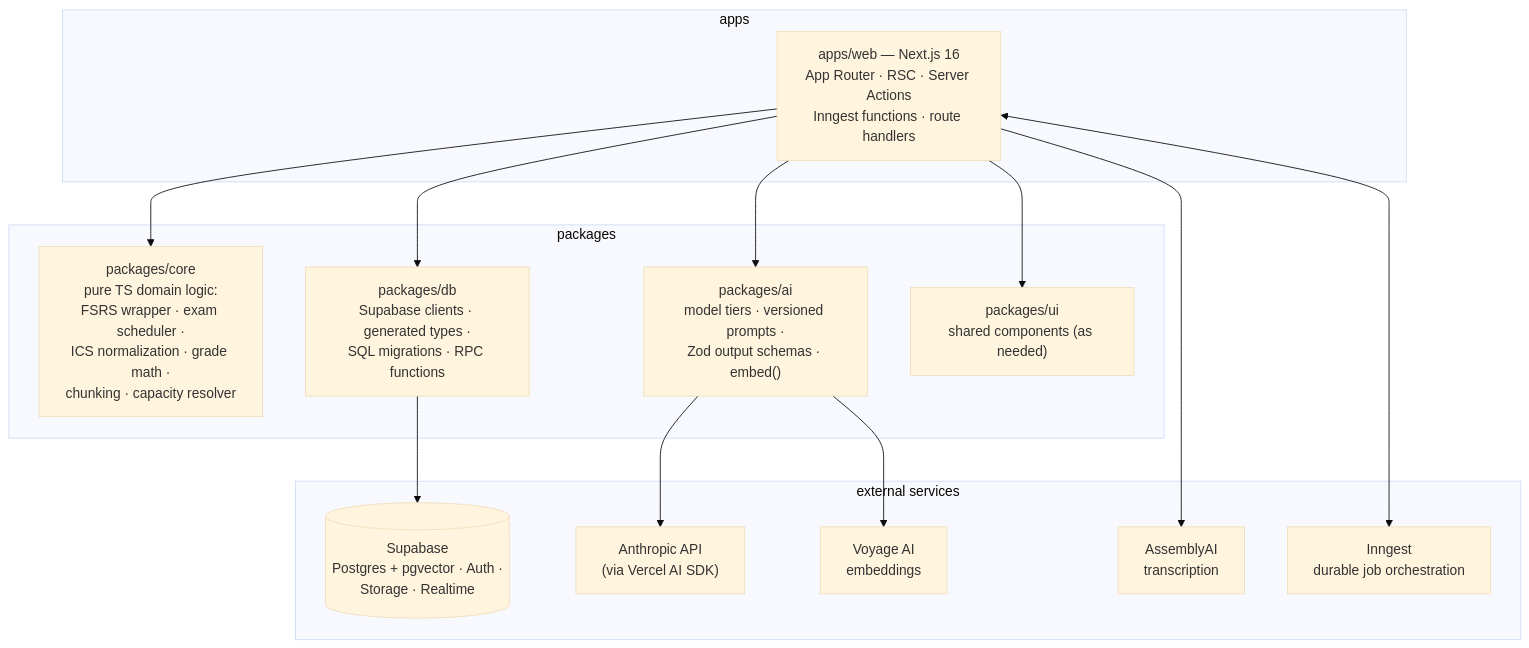
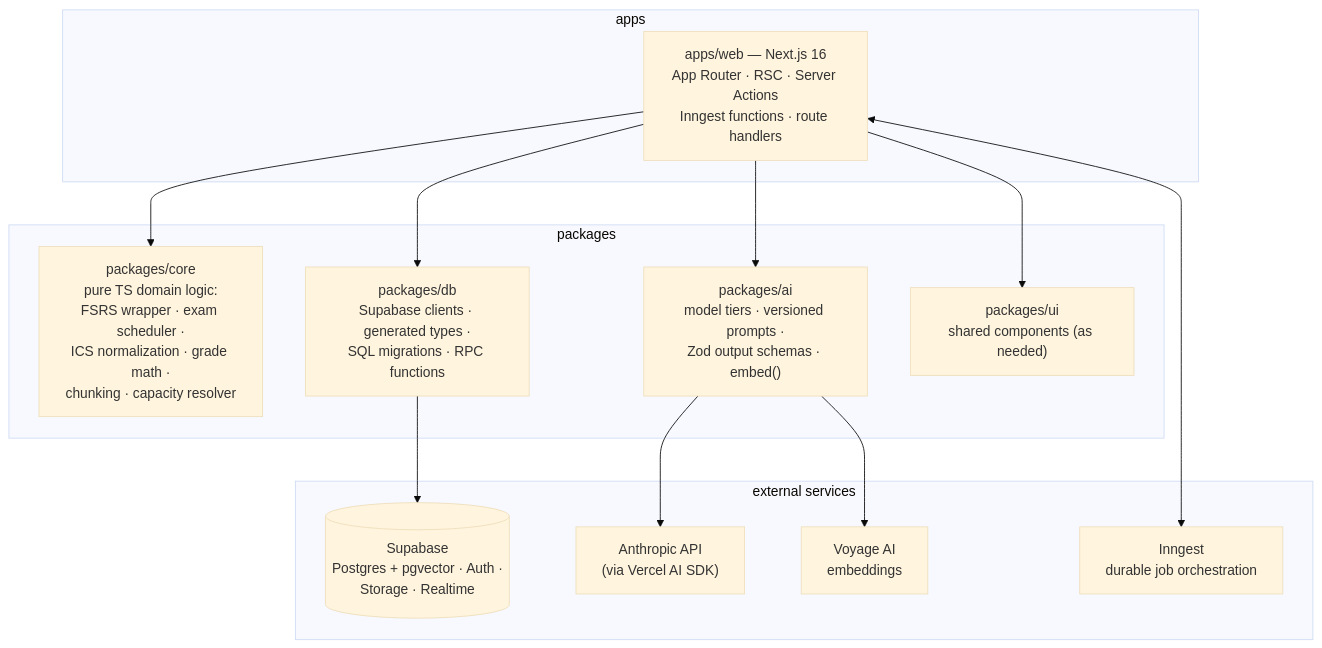
The first of 4 diagrams in PLAN.md (alexanderkrink/personal.dashboard), drawn with Mermaid (base theme) before and after one commit. The commit also changed other lines of this file, not shown here.

````diff
--- a/PLAN.md
+++ b/PLAN.md
@@ -69,28 +69,26 @@
 ```mermaid
 graph TD
     subgraph "apps"
         web["apps/web — Next.js 16<br/>App Router · RSC · Server Actions<br/>Inngest functions · route handlers"]
     end
     subgraph "packages"
         core["packages/core<br/>pure TS domain logic:<br/>FSRS wrapper · exam scheduler ·<br/>ICS normalization · grade math ·<br/>chunking · capacity resolver"]
         db["packages/db<br/>Supabase clients · generated types ·<br/>SQL migrations · RPC functions"]
         ai["packages/ai<br/>model tiers · versioned prompts ·<br/>Zod output schemas · embed()"]
         ui["packages/ui<br/>shared components (as needed)"]
     end
     subgraph "external services"
         supabase[("Supabase<br/>Postgres + pgvector · Auth ·<br/>Storage · Realtime")]
         anthropic["Anthropic API<br/>(via Vercel AI SDK)"]
         voyage["Voyage AI<br/>embeddings"]
-        assemblyai["AssemblyAI<br/>transcription"]
         inngest["Inngest<br/>durable job orchestration"]
     end
     web --> core
     web --> db
     web --> ai
     web --> ui
     db --> supabase
     ai --> anthropic
     ai --> voyage
     web <--> inngest
-    web --> assemblyai
 ```
````
